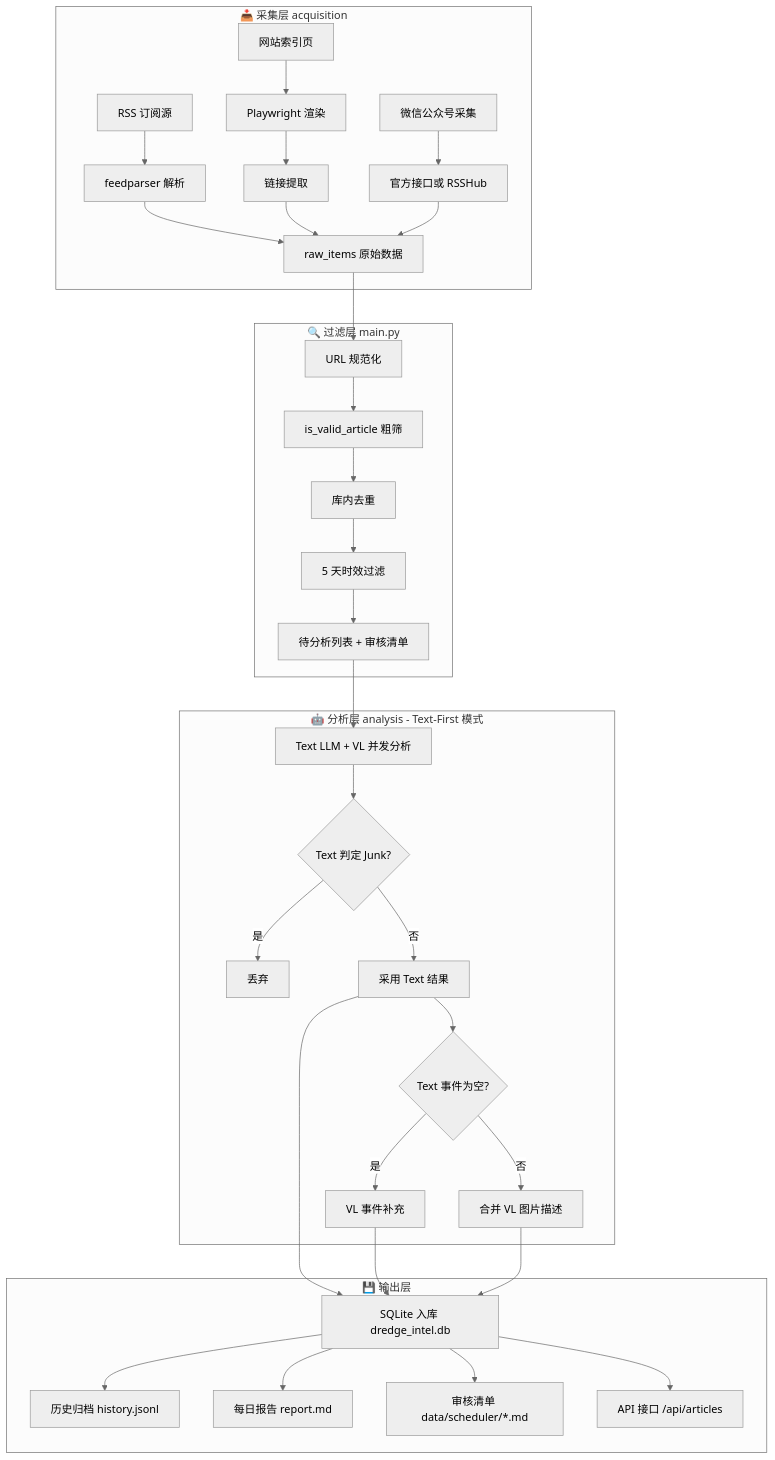
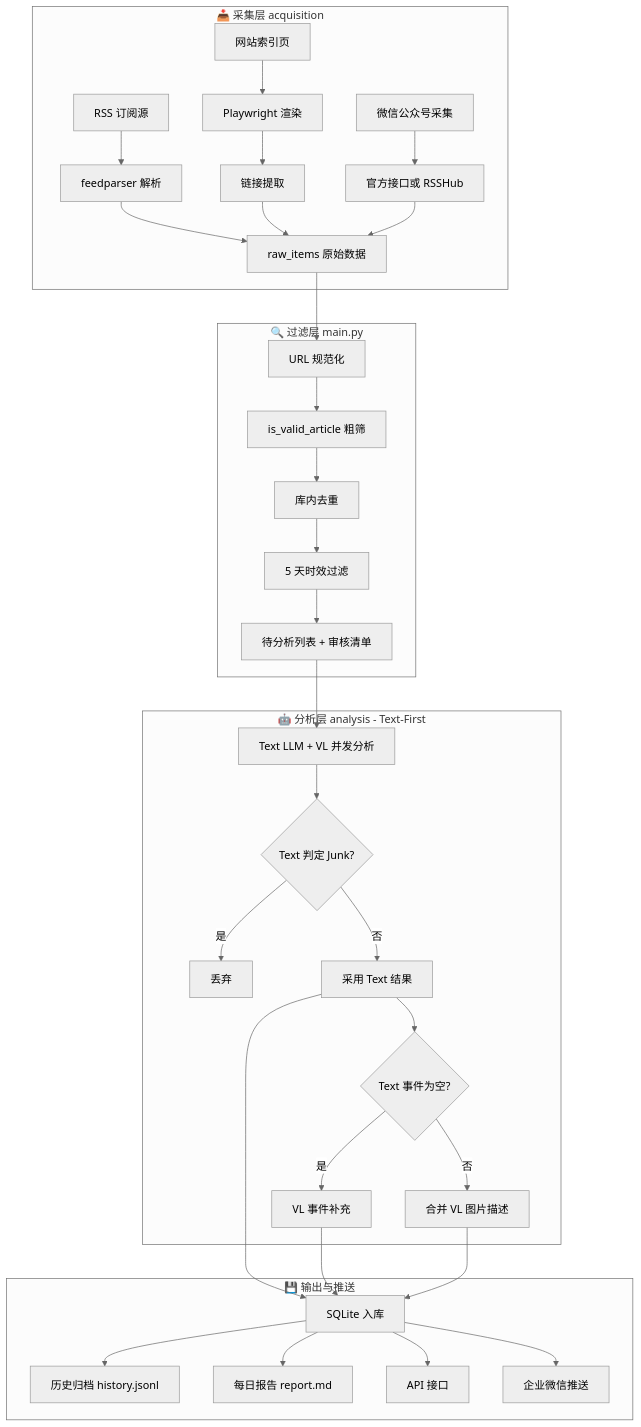
One commit to 0mao0/DredgeScope changed the diagram in README.md. Above: the diagram before and after it, drawn with Mermaid (neutral theme). The commit also changed other lines of this file, not shown here.

````diff
--- a/README.md
+++ b/README.md
@@ -54,40 +49,40 @@
 ```mermaid
 flowchart TB
     subgraph 采集层["📥 采集层 acquisition"]
         A1[RSS 订阅源] --> A2[feedparser 解析]
         A3[网站索引页] --> A4[Playwright 渲染]
         A4 --> A5[链接提取]
         A6[微信公众号采集] --> A7[官方接口或 RSSHub]
         A2 --> A8[raw_items 原始数据]
         A5 --> A8
         A7 --> A8
     end
 
     subgraph 过滤层["🔍 过滤层 main.py"]
         A8 --> B1[URL 规范化]
         B1 --> B2[is_valid_article 粗筛]
         B2 --> B3[库内去重]
         B3 --> B4[5 天时效过滤]
         B4 --> B5[待分析列表 + 审核清单]
     end
 
-    subgraph 分析层["🤖 分析层 analysis - Text-First 模式"]
+    subgraph 分析层["🤖 分析层 analysis - Text-First"]
         B5 --> C1[Text LLM + VL 并发分析]
         C1 --> C2{Text 判定 Junk?}
         C2 -- 是 --> C3[丢弃]
         C2 -- 否 --> C4[采用 Text 结果]
         C4 --> C5{Text 事件为空?}
         C5 -- 是 --> C6[VL 事件补充]
         C5 -- 否 --> C7[合并 VL 图片描述]
     end
 
-    subgraph 输出层["💾 输出层"]
-        C4 --> D1[SQLite 入库 dredge_intel.db]
+    subgraph 输出与推送["💾 输出与推送"]
+        C4 --> D1[SQLite 入库]
         C6 --> D1
         C7 --> D1
         D1 --> D2[历史归档 history.jsonl]
         D1 --> D3[每日报告 report.md]
-        D1 --> D4[审核清单 data/scheduler/*.md]
-        D1 --> D5[API 接口 /api/articles]
+        D1 --> D5[API 接口]
+        D1 --> PUSH[企业微信推送]
     end
 ```
````
